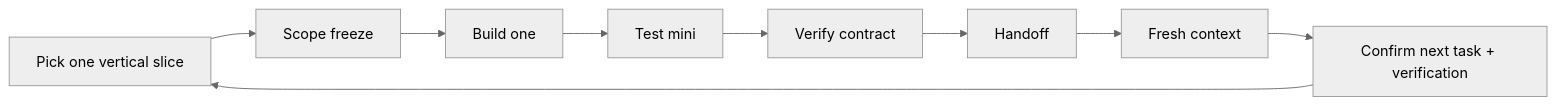
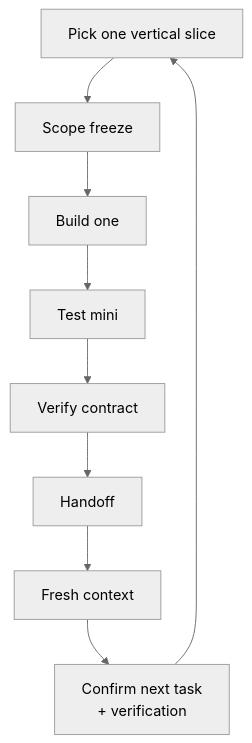
Before and after one commit to tmusser/ai-engineering-skills: the diagram in README.md, drawn with Mermaid (neutral theme).

Commit message:
Improve README hero diagram layout

````diff
--- a/README.md
+++ b/README.md
@@ -7,11 +7,11 @@
 ```mermaid
-flowchart LR
+flowchart TD
   A[Pick one vertical slice] --> B[Scope freeze]
   B --> C[Build one]
   C --> D[Test mini]
   D --> E[Verify contract]
   E --> F[Handoff]
   F --> G[Fresh context]
-  G --> H[Confirm next task + verification]
+  G --> H[Confirm next task<br/>+ verification]
   H --> A
 ```
````
